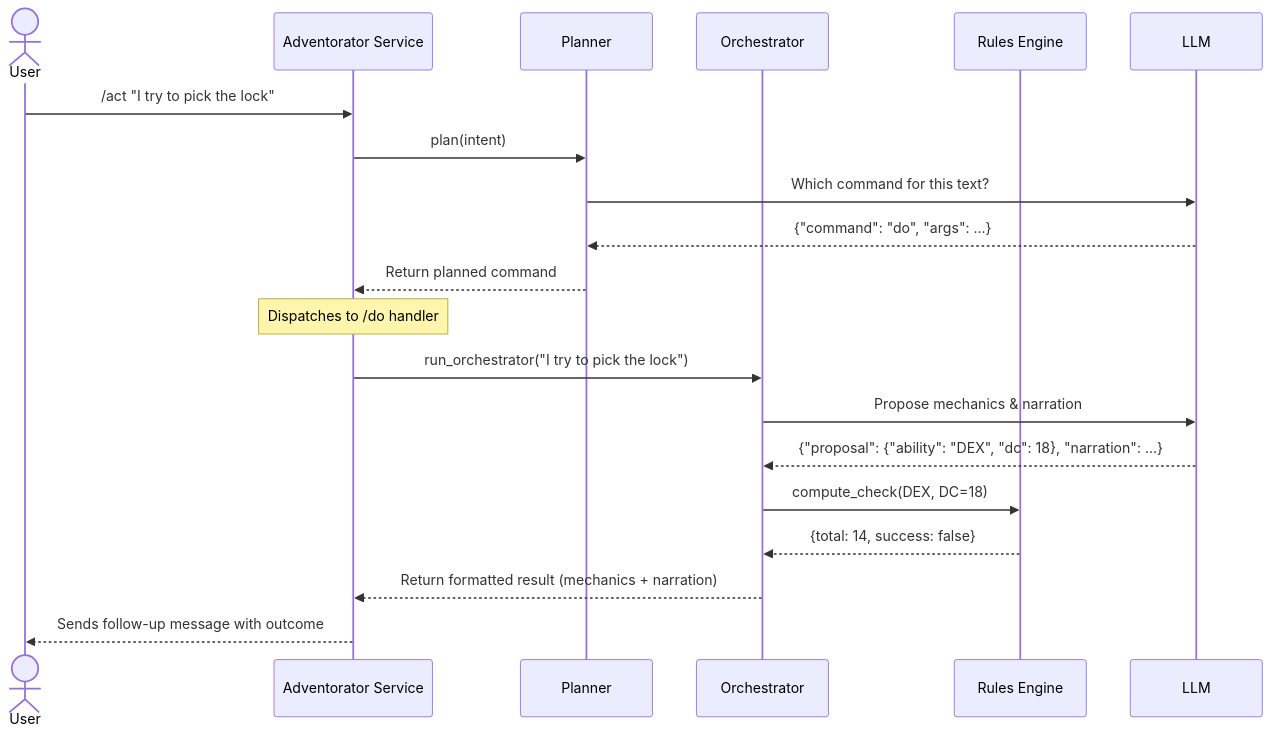
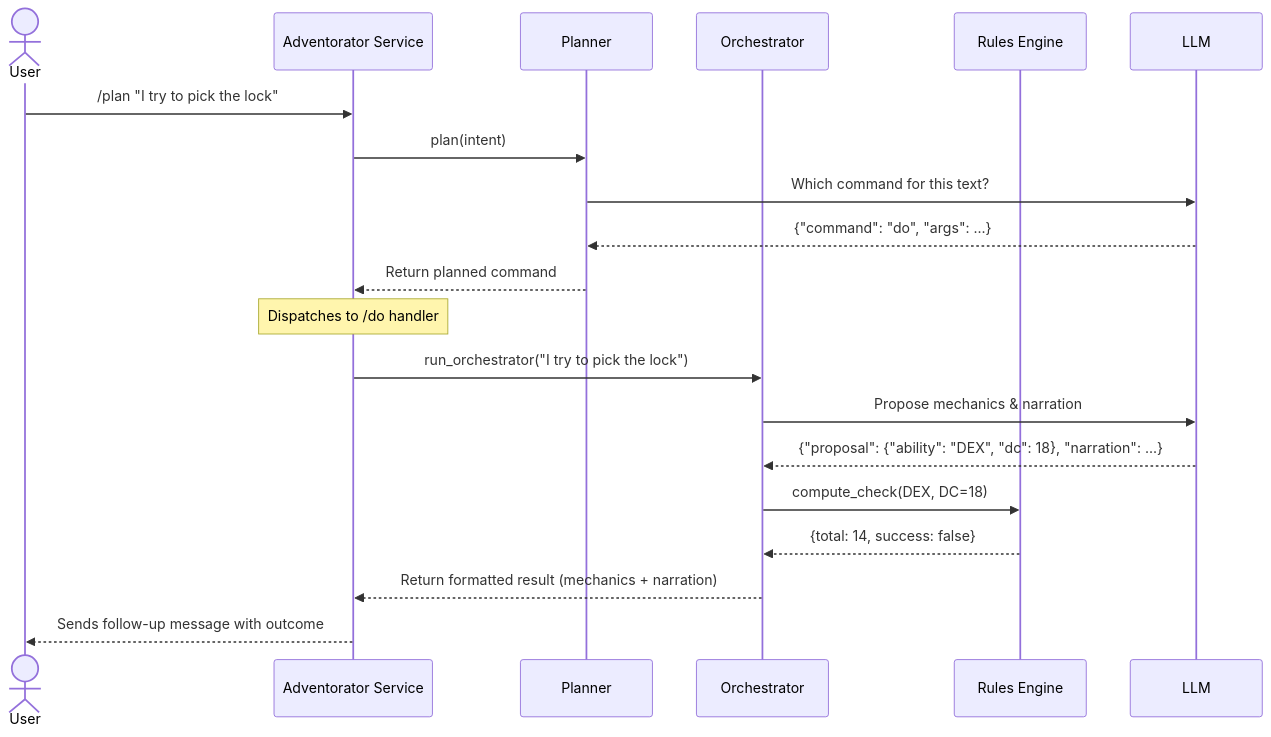
Before and after one commit to crashtestbrandt/Adventorator: the second of 3 diagrams in README.md, drawn with Mermaid. The commit also changed other lines of this file and 9 other files, not shown here.

Commit message:
act -> plan

````diff
--- a/README.md
+++ b/README.md
@@ -195,26 +195,26 @@
 ```mermaid
 sequenceDiagram
     actor User
     participant App as Adventorator Service
     participant Planner
     participant Orchestrator
     participant RulesEngine as Rules Engine
     participant LLM
 
-    User->>App: /act "I try to pick the lock"
+  User->>App: /plan "I try to pick the lock"
     App->>Planner: plan(intent)
     Planner->>LLM: Which command for this text?
     LLM-->>Planner: {"command": "do", "args": ...}
     Planner-->>App: Return planned command
     
     Note over App: Dispatches to /do handler
     
     App->>Orchestrator: run_orchestrator("I try to pick the lock")
     Orchestrator->>LLM: Propose mechanics & narration
     LLM-->>Orchestrator: {"proposal": {"ability": "DEX", "dc": 18}, "narration": ...}
     Orchestrator->>RulesEngine: compute_check(DEX, DC=18)
     RulesEngine-->>Orchestrator: {total: 14, success: false}
     Orchestrator-->>App: Return formatted result (mechanics + narration)
     
     App-->>User: Sends follow-up message with outcome
 ```
````
